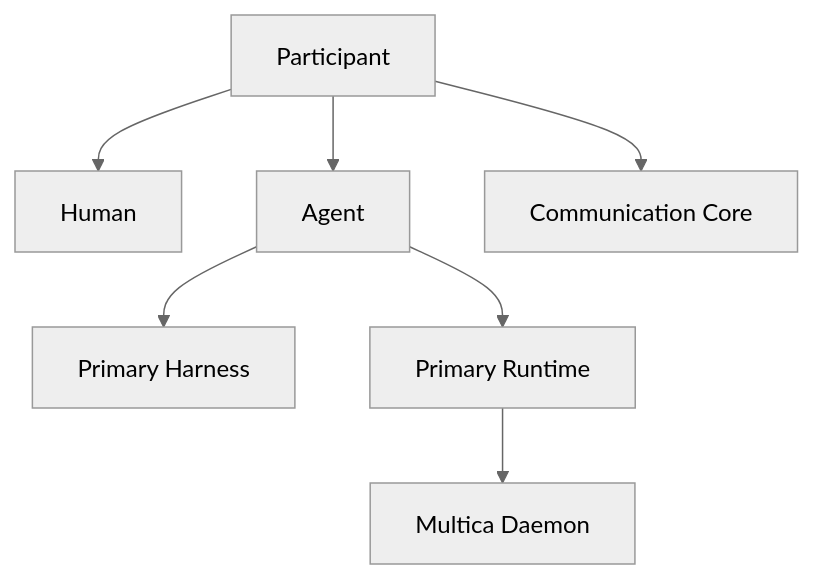
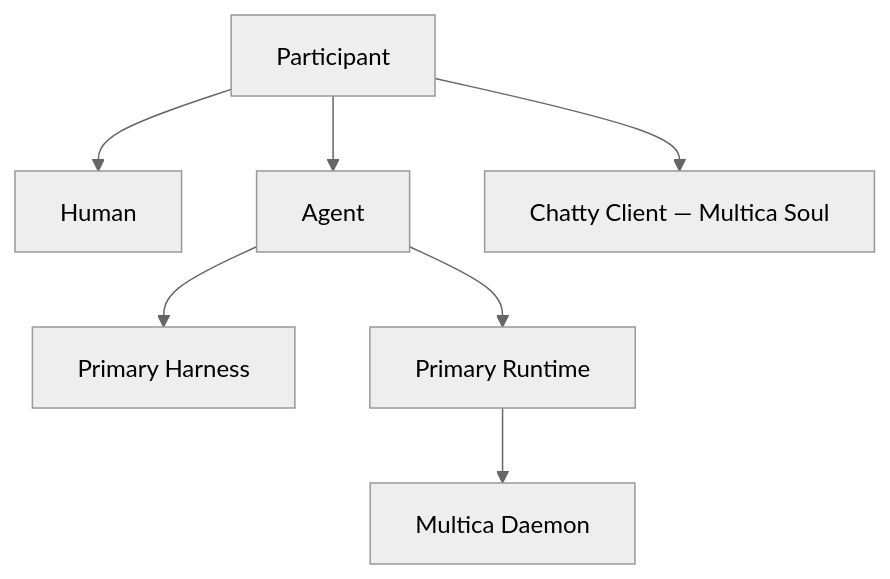
One commit to Yidada/chatty changed the first of 2 diagrams in README.md. Above: the diagram before and after it, drawn with Mermaid (neutral theme). The commit also changed other lines of this file and 1 other file, not shown here.

First line of the commit message:
docs: refine direction — ChatGPT-style client over Multica (Mika + Agent Fleet)

````diff
--- a/README.md
+++ b/README.md
@@ -120,9 +119,9 @@
 ```mermaid
 flowchart TD
     P[Participant] --> H[Human]
     P --> A[Agent]
-    P --> C[Communication Core]
+    P --> C[Chatty Client — Multica Soul]
     A --> X[Primary Harness]
     A --> R[Primary Runtime]
     R --> D[Multica Daemon]
 ```
````
